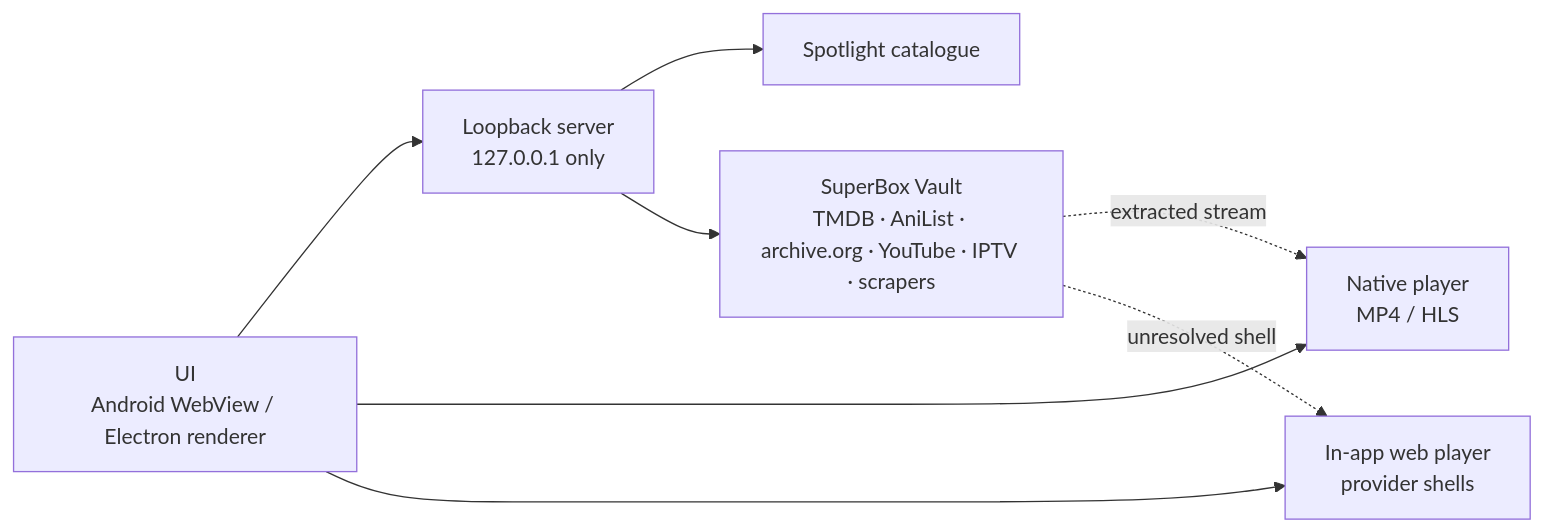
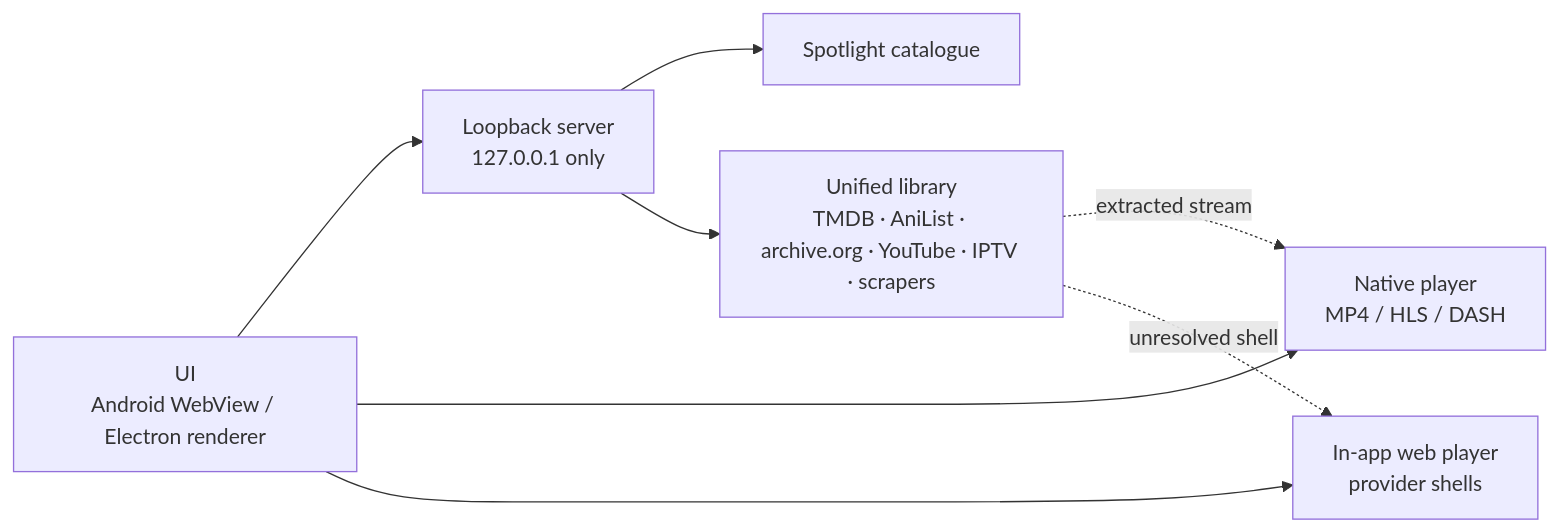
The diagram in docs/ARCHITECTURE.md (mohdziauddin2006-cloud/superbox), drawn with Mermaid before and after one commit. The commit also changed other lines of this file and 62 other files, not shown here.

First line of the commit message:
SuperBox v1.1.0 - one library, native playback, new icon

````diff
--- a/docs/ARCHITECTURE.md
+++ b/docs/ARCHITECTURE.md
@@ -7,17 +7,17 @@
 ```mermaid
 flowchart LR
     UI["UI<br/>Android WebView / Electron renderer"]
     LS["Loopback server<br/>127.0.0.1 only"]
     SPOT["Spotlight catalogue"]
-    VAULT["SuperBox Vault<br/>TMDB · AniList · archive.org · YouTube · IPTV · scrapers"]
-    PLAYER["Native player<br/>MP4 / HLS"]
+    LIB["Unified library<br/>TMDB · AniList · archive.org · YouTube · IPTV · scrapers"]
+    PLAYER["Native player<br/>MP4 / HLS / DASH"]
     WEB["In-app web player<br/>provider shells"]
 
     UI --> LS
     LS --> SPOT
-    LS --> VAULT
+    LS --> LIB
     UI --> PLAYER
     UI --> WEB
-    VAULT -. extracted stream .-> PLAYER
-    VAULT -. unresolved shell .-> WEB
+    LIB -. extracted stream .-> PLAYER
+    LIB -. unresolved shell .-> WEB
 ```
````
